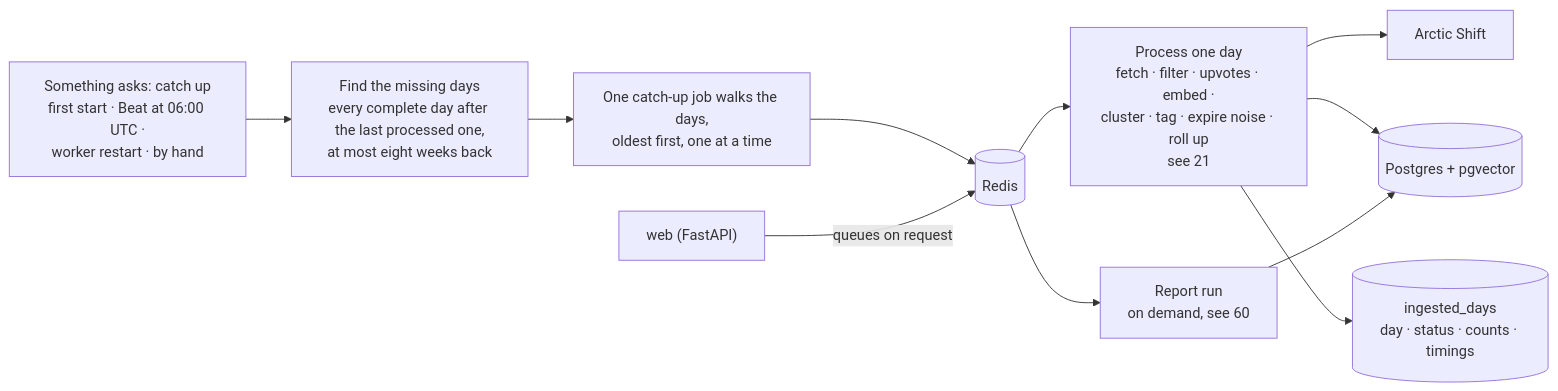
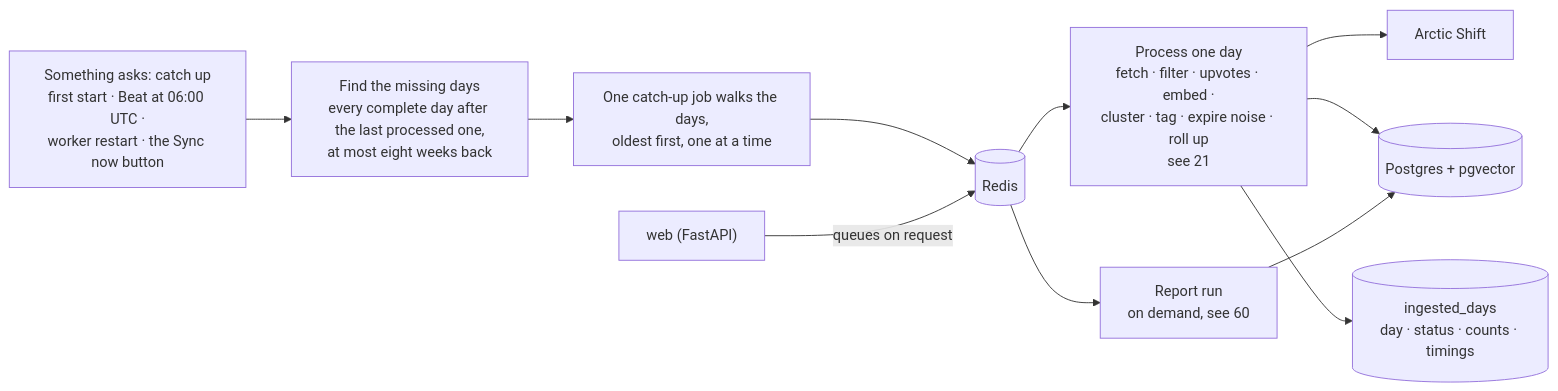
The second of 2 diagrams in docs/atlas/40-backend.md (brianaderer/transcendent), drawn with Mermaid before and after one commit. The commit also changed other lines of this file and 24 other files, not shown here.

````diff
--- a/docs/atlas/40-backend.md
+++ b/docs/atlas/40-backend.md
@@ -77,22 +77,22 @@
 ```mermaid
 flowchart LR
-    TRIG["Something asks: catch up<br/>first start · Beat at 06:00 UTC ·<br/>worker restart · by hand"]
+    TRIG["Something asks: catch up<br/>first start · Beat at 06:00 UTC ·<br/>worker restart · the Sync now button"]
     GAP["Find the missing days<br/>every complete day after the last processed one,<br/>at most eight weeks back"]
     CHAIN["One catch-up job walks the days,<br/>oldest first, one at a time"]
     DAY["Process one day<br/>fetch · filter · upvotes · embed ·<br/>cluster · tag · expire noise · roll up<br/>see 21"]
     MARK[("ingested_days<br/>day · status · counts · timings")]
     REPJ["Report run<br/>on demand, see 60"]
     WEB["web (FastAPI)"]
     REDIS[("Redis")]
     AS["Arctic Shift"]
     PG[("Postgres + pgvector")]
 
     TRIG --> GAP --> CHAIN --> REDIS
     WEB -->|"queues on request"| REDIS
     REDIS --> DAY
     REDIS --> REPJ
     DAY --> AS
     DAY --> PG
     DAY --> MARK
     REPJ --> PG
 ```
````
